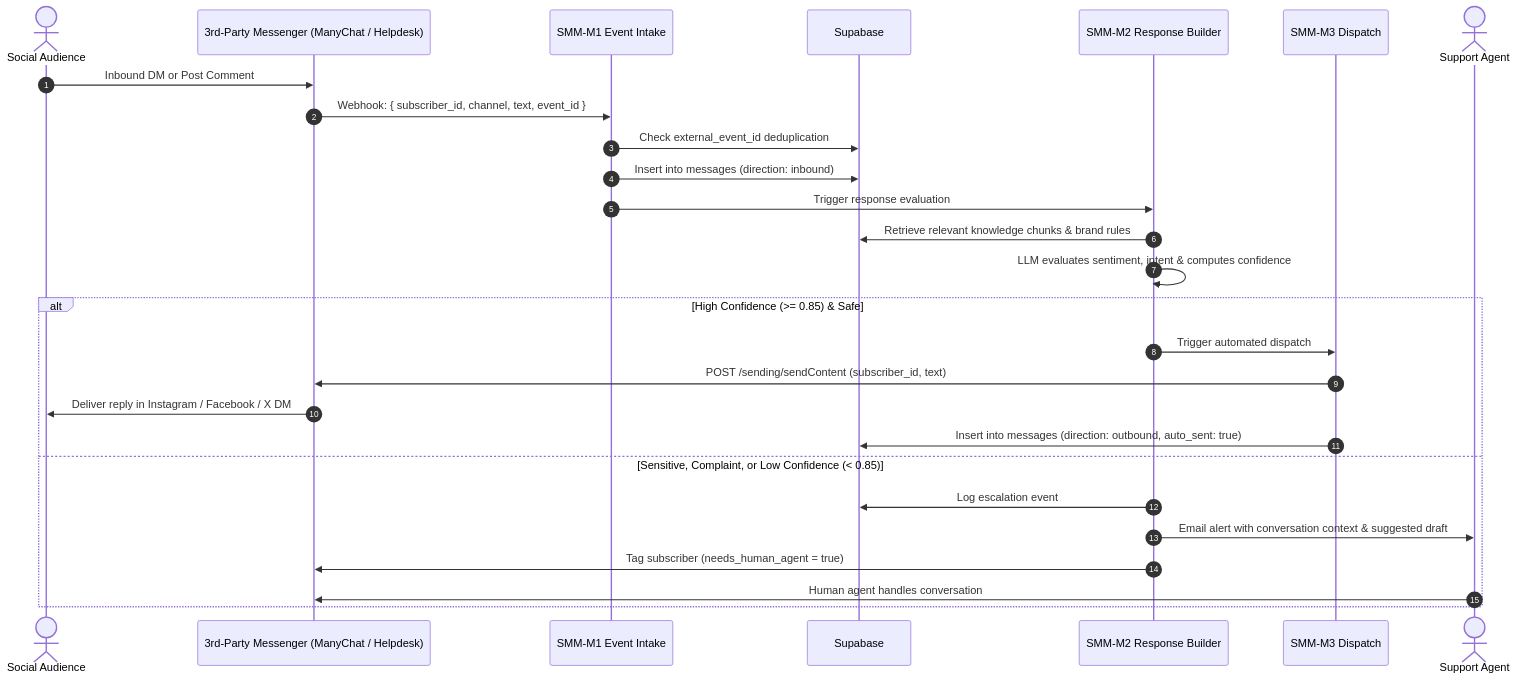
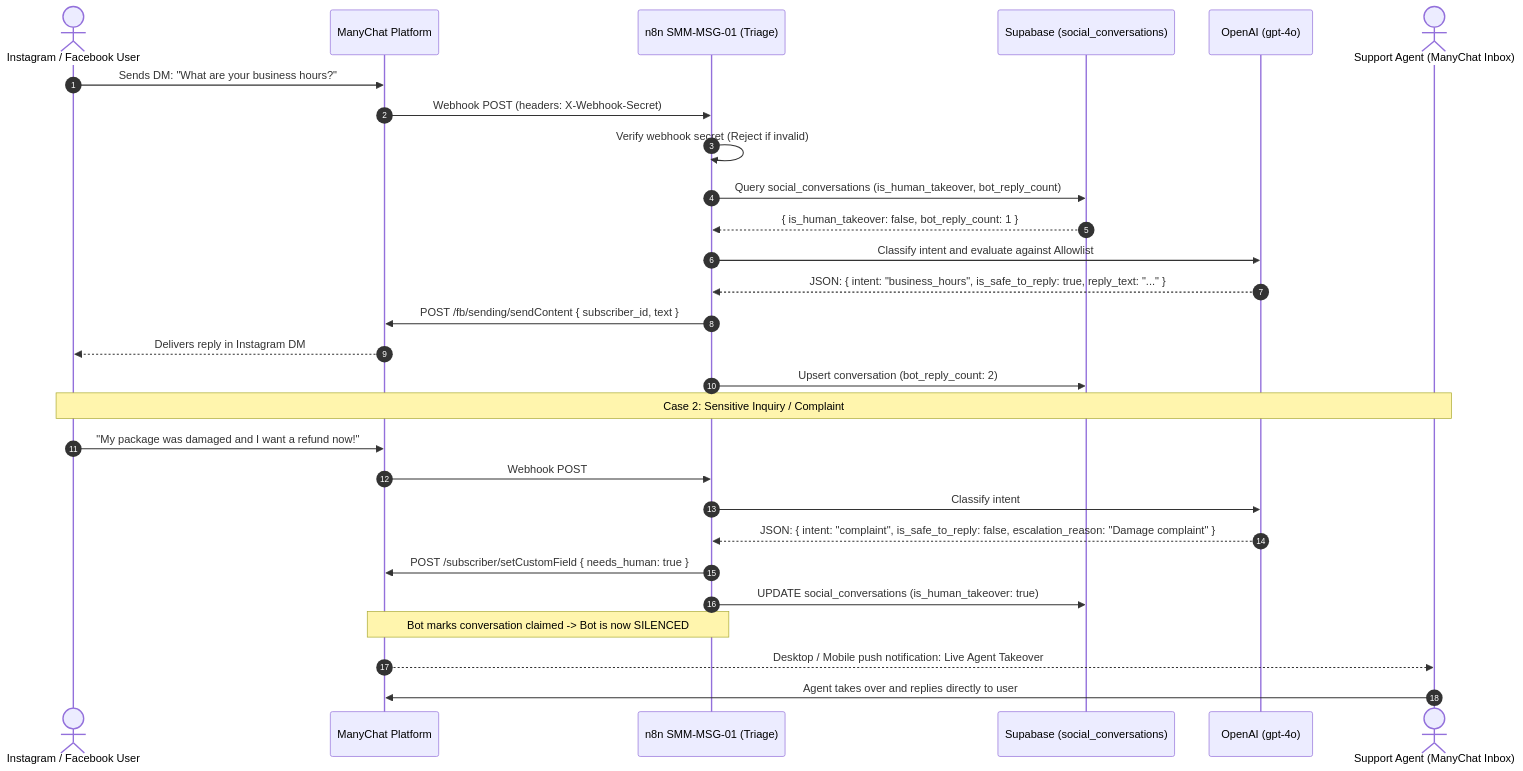
One commit to robinsehnalik/smm-automation changed the third of 3 diagrams in architecture.md. Above: the diagram before and after it, drawn with Mermaid. The commit also changed other lines of this file and 15 other files, not shown here.

Commit message:
refactor: simplify SMM architecture, eliminate polling, add handoff muting & Ayrshare/ManyChat integration

````diff
--- a/architecture.md
+++ b/architecture.md
@@ -116,30 +132,32 @@
 ```mermaid
 sequenceDiagram
     autonumber
-    actor User as Social Audience
-    participant MsgTool as 3rd-Party Messenger (ManyChat / Helpdesk)
-    participant M1 as SMM-M1 Event Intake
-    participant DB as Supabase
-    participant M2 as SMM-M2 Response Builder
-    participant M3 as SMM-M3 Dispatch
-    actor Agent as Support Agent
+    actor User as Instagram / Facebook User
+    participant ManyChat as ManyChat Platform
+    participant N8N_M1 as n8n SMM-MSG-01 (Triage)
+    participant DB as Supabase (social_conversations)
+    participant LLM as OpenAI (gpt-4o)
+    actor Agent as Support Agent (ManyChat Inbox)
 
-    User->>MsgTool: Inbound DM or Post Comment
-    MsgTool->>M1: Webhook: { subscriber_id, channel, text, event_id }
-    M1->>DB: Check external_event_id deduplication
-    M1->>DB: Insert into messages (direction: inbound)
-    M1->>M2: Trigger response evaluation
-    M2->>DB: Retrieve relevant knowledge chunks & brand rules
-    M2->>M2: LLM evaluates sentiment, intent & computes confidence
-    alt High Confidence (>= 0.85) & Safe
-        M2->>M3: Trigger automated dispatch
-        M3->>MsgTool: POST /sending/sendContent (subscriber_id, text)
-        MsgTool->>User: Deliver reply in Instagram / Facebook / X DM
-        M3->>DB: Insert into messages (direction: outbound, auto_sent: true)
-    else Sensitive, Complaint, or Low Confidence (< 0.85)
-        M2->>DB: Log escalation event
-        M2->>Agent: Email alert with conversation context & suggested draft
-        M2->>MsgTool: Tag subscriber (needs_human_agent = true)
-        Agent->>MsgTool: Human agent handles conversation
-    end
+    User->>ManyChat: Sends DM: "What are your business hours?"
+    ManyChat->>N8N_M1: Webhook POST (headers: X-Webhook-Secret)
+    N8N_M1->>N8N_M1: Verify webhook secret (Reject if invalid)
+    N8N_M1->>DB: Query social_conversations (is_human_takeover, bot_reply_count)
+    DB-->>N8N_M1: { is_human_takeover: false, bot_reply_count: 1 }
+    N8N_M1->>LLM: Classify intent and evaluate against Allowlist
+    LLM-->>N8N_M1: JSON: { intent: "business_hours", is_safe_to_reply: true, reply_text: "..." }
+    N8N_M1->>ManyChat: POST /fb/sending/sendContent { subscriber_id, text }
+    ManyChat-->>User: Delivers reply in Instagram DM
+    N8N_M1->>DB: Upsert conversation (bot_reply_count: 2)
+
+    Note over User,Agent: Case 2: Sensitive Inquiry / Complaint
+    User->>ManyChat: "My package was damaged and I want a refund now!"
+    ManyChat->>N8N_M1: Webhook POST
+    N8N_M1->>LLM: Classify intent
+    LLM-->>N8N_M1: JSON: { intent: "complaint", is_safe_to_reply: false, escalation_reason: "Damage complaint" }
+    N8N_M1->>ManyChat: POST /subscriber/setCustomField { needs_human: true }
+    N8N_M1->>DB: UPDATE social_conversations (is_human_takeover: true)
+    Note over N8N_M1,ManyChat: Bot marks conversation claimed -> Bot is now SILENCED
+    ManyChat-->>Agent: Desktop / Mobile push notification: Live Agent Takeover
+    Agent->>ManyChat: Agent takes over and replies directly to user
 ```
````
